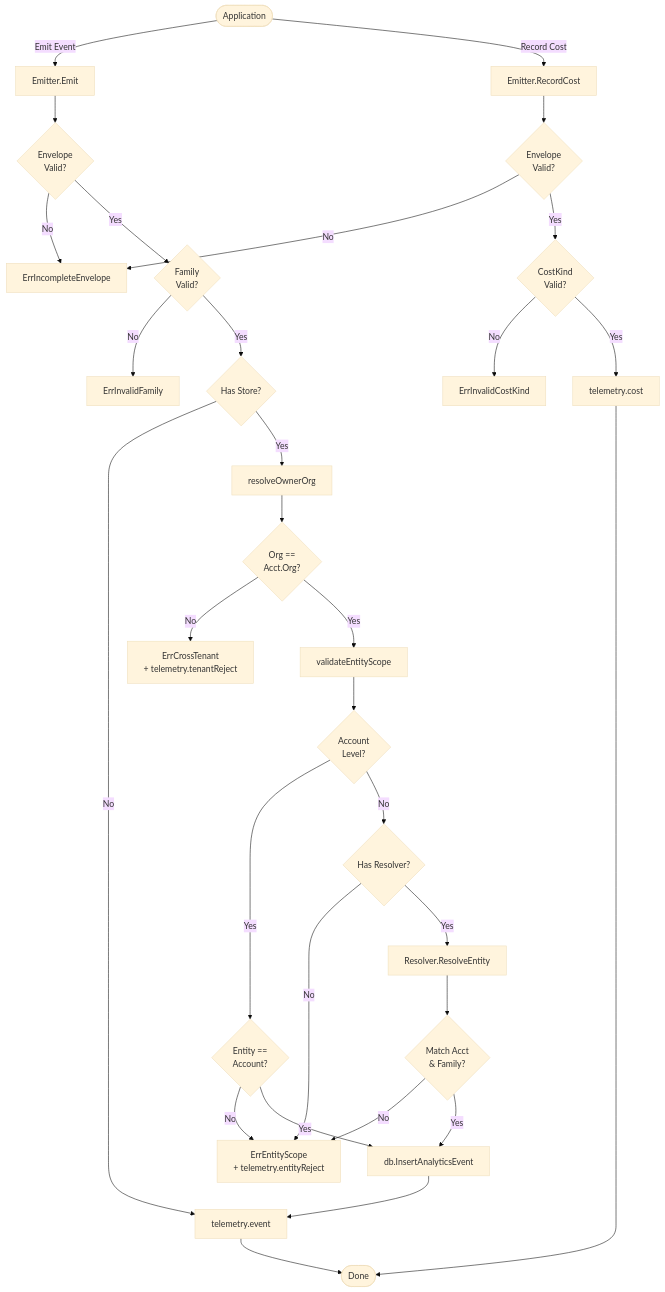
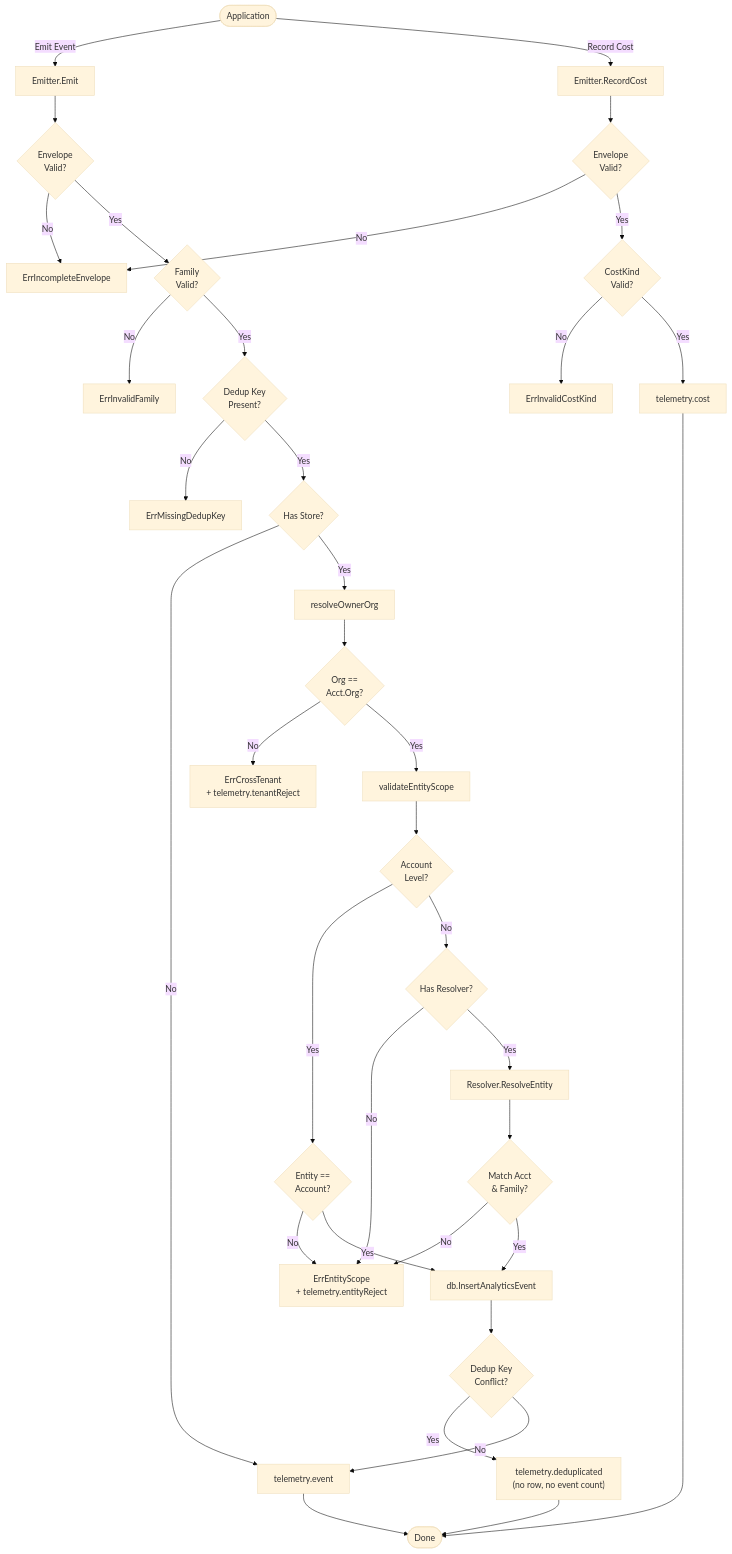
Before and after one commit to mhosseinab/market-ops: the diagram in services/core/internal/analytics/README.md, drawn with Mermaid (base theme). The commit also changed other lines of this file and 17 other files, not shown here.

First line of the commit message:
feat(core): add analytics dedup_key foundation and key the digest producer

````diff
--- a/services/core/internal/analytics/README.md
+++ b/services/core/internal/analytics/README.md
@@ -31,40 +43,45 @@
 ```mermaid
 flowchart TD
     App([Application]) -->|Emit Event| Emit[Emitter.Emit]
     App -->|Record Cost| RecordCost[Emitter.RecordCost]
 
     Emit --> ValEnv1{"Envelope<br/>Valid?"}
     ValEnv1 -->|No| ErrEnv[ErrIncompleteEnvelope]
     ValEnv1 -->|Yes| ValFam{"Family<br/>Valid?"}
     ValFam -->|No| ErrFam[ErrInvalidFamily]
-    ValFam -->|Yes| Store{"Has Store?"}
+    ValFam -->|Yes| ValKey{"Dedup Key<br/>Present?"}
+    ValKey -->|No| ErrKey[ErrMissingDedupKey]
+    ValKey -->|Yes| Store{"Has Store?"}
     
     Store -->|No| OTel[telemetry.event]
     Store -->|Yes| ResolveOrg[resolveOwnerOrg]
     
     ResolveOrg --> CheckOrg{"Org == <br/>Acct.Org?"}
     CheckOrg -->|No| ErrCross["ErrCrossTenant<br/>+ telemetry.tenantReject"]
     CheckOrg -->|Yes| ValEntity[validateEntityScope]
     
     ValEntity --> IsAcctLevel{"Account<br/>Level?"}
     IsAcctLevel -->|Yes| AcctMatch{"Entity ==<br/>Account?"}
     AcctMatch -->|No| ErrScope["ErrEntityScope<br/>+ telemetry.entityReject"]
     AcctMatch -->|Yes| Insert[db.InsertAnalyticsEvent]
     
     IsAcctLevel -->|No| HasRes{"Has Resolver?"}
     HasRes -->|No| ErrScope
     HasRes -->|Yes| ResEnt[Resolver.ResolveEntity]
     ResEnt --> CheckScope{"Match Acct<br/>& Family?"}
     CheckScope -->|No| ErrScope
     CheckScope -->|Yes| Insert
     
-    Insert --> OTel
-    OTel --> Done([Done])
+    Insert --> Conflict{"Dedup Key<br/>Conflict?"}
+    Conflict -->|Yes| Dedup["telemetry.deduplicated<br/>(no row, no event count)"]
+    Conflict -->|No| OTel
+    Dedup --> Done([Done])
+    OTel --> Done
     
     RecordCost --> ValEnv2{"Envelope<br/>Valid?"}
     ValEnv2 -->|No| ErrEnv
     ValEnv2 -->|Yes| ValKind{"CostKind<br/>Valid?"}
     ValKind -->|No| ErrKind[ErrInvalidCostKind]
     ValKind -->|Yes| OTelCost[telemetry.cost]
     OTelCost --> Done
 ```
````
